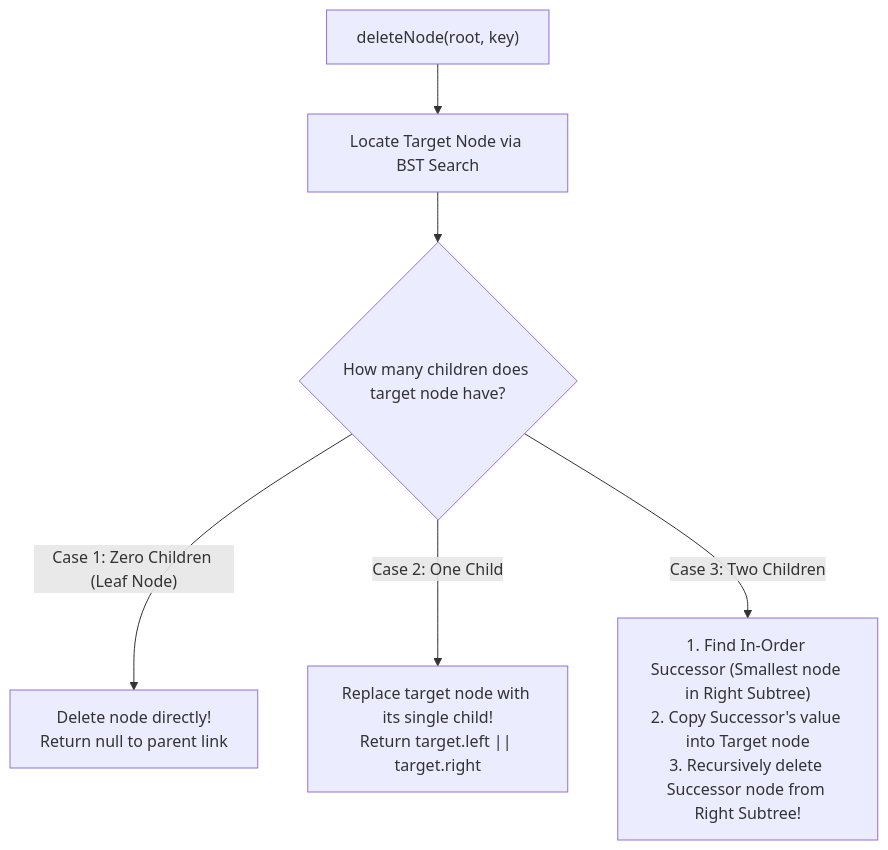
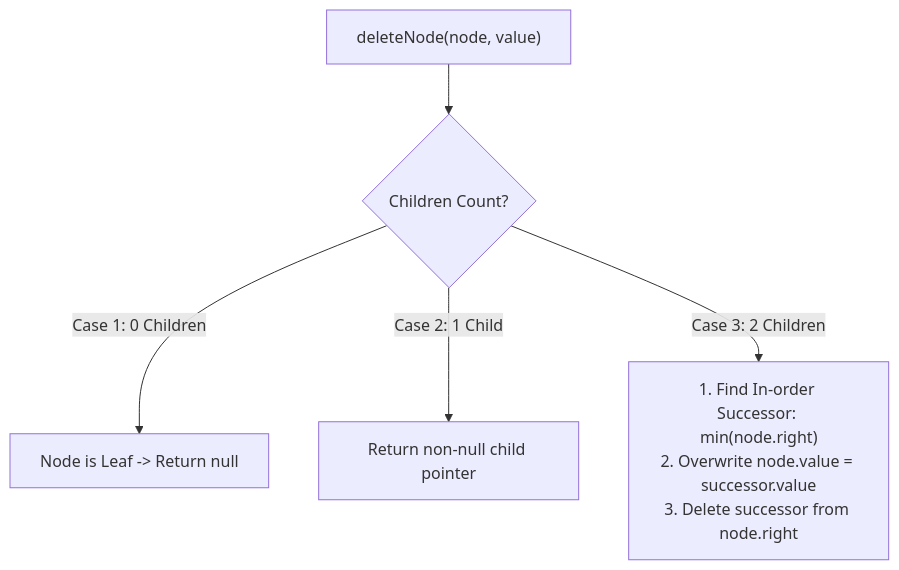
One commit to Amie-dev/engineering-playbook changed the second of 2 diagrams in js-dsa/13-binary-search-tree.md. Above: the diagram before and after it, drawn with Mermaid. The commit also changed other lines of this file and 24 other files, not shown here.

````diff
--- a/js-dsa/13-binary-search-tree.md
+++ b/js-dsa/13-binary-search-tree.md
@@ -40,11 +88,7 @@
 ```mermaid
 flowchart TD
-    DeleteCall["deleteNode(root, key)"] --> LocateNode[Locate Target Node via BST Search]
-    LocateNode --> CaseCheck{How many children does target node have?}
-
-    CaseCheck -- Case 1: Zero Children (Leaf Node) --> RemoveLeaf["Delete node directly!<br/>Return null to parent link"]
-
-    CaseCheck -- Case 2: One Child --> BypassChild["Replace target node with its single child!<br/>Return target.left || target.right"]
-
-    CaseCheck -- Case 3: Two Children --> InOrderSuccessor["1. Find In-Order Successor (Smallest node in Right Subtree)<br/>2. Copy Successor's value into Target node<br/>3. Recursively delete Successor node from Right Subtree!"]
+    DeleteCall["deleteNode(node, value)"] --> CaseCheck{Children Count?}
+    CaseCheck -->|Case 1: 0 Children| Leaf["Node is Leaf -> Return null"]
+    CaseCheck -->|Case 2: 1 Child| OneChild["Return non-null child pointer"]
+    CaseCheck -->|Case 3: 2 Children| TwoChild["1. Find In-order Successor: min(node.right)<br/>2. Overwrite node.value = successor.value<br/>3. Delete successor from node.right"]
 ```
````
